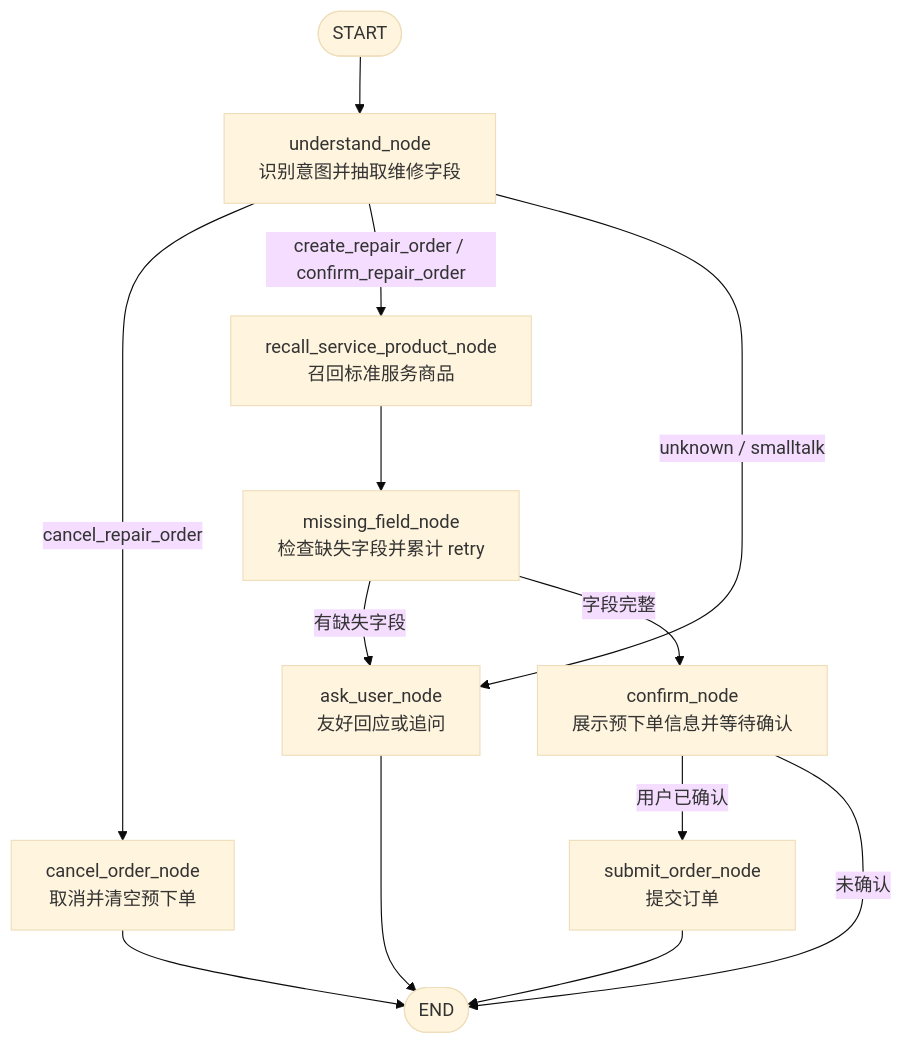
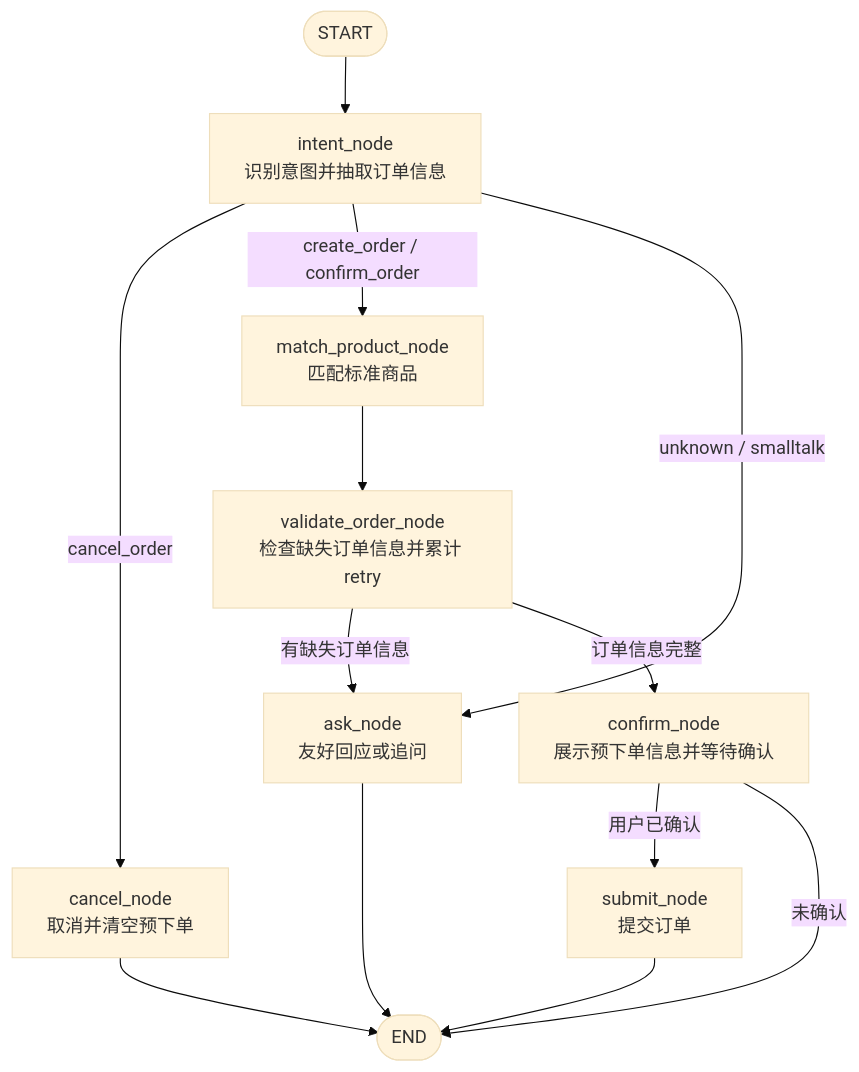
One commit to chengzongxin/hotel-ai-order changed the diagram in docs/workflow.md. Above: the diagram before and after it, drawn with Mermaid (base theme). The commit also changed 38 other files, not shown here.

Commit message:
refactor order flow naming

````diff
--- a/docs/workflow.md
+++ b/docs/workflow.md
@@ -3,20 +3,20 @@
 ```mermaid
 flowchart TD
-    START([START]) --> understand_node[understand_node<br/>识别意图并抽取维修字段]
+    START([START]) --> intent_node[intent_node<br/>识别意图并抽取订单信息]
 
-    understand_node -->|cancel_repair_order| cancel_order_node[cancel_order_node<br/>取消并清空预下单]
-    understand_node -->|create_repair_order / confirm_repair_order| recall_service_product_node[recall_service_product_node<br/>召回标准服务商品]
-    understand_node -->|unknown / smalltalk| ask_user_node[ask_user_node<br/>友好回应或追问]
+    intent_node -->|cancel_order| cancel_node[cancel_node<br/>取消并清空预下单]
+    intent_node -->|create_order / confirm_order| match_product_node[match_product_node<br/>匹配标准商品]
+    intent_node -->|unknown / smalltalk| ask_node[ask_node<br/>友好回应或追问]
 
-    recall_service_product_node --> missing_field_node[missing_field_node<br/>检查缺失字段并累计 retry]
+    match_product_node --> validate_order_node[validate_order_node<br/>检查缺失订单信息并累计 retry]
 
-    missing_field_node -->|有缺失字段| ask_user_node
-    missing_field_node -->|字段完整| confirm_node[confirm_node<br/>展示预下单信息并等待确认]
+    validate_order_node -->|有缺失订单信息| ask_node
+    validate_order_node -->|订单信息完整| confirm_node[confirm_node<br/>展示预下单信息并等待确认]
 
-    confirm_node -->|用户已确认| submit_order_node[submit_order_node<br/>提交订单]
+    confirm_node -->|用户已确认| submit_node[submit_node<br/>提交订单]
     confirm_node -->|未确认| END([END])
 
-    ask_user_node --> END
-    cancel_order_node --> END
-    submit_order_node --> END
+    ask_node --> END
+    cancel_node --> END
+    submit_node --> END
 ```
````
